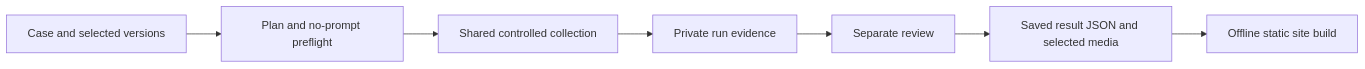
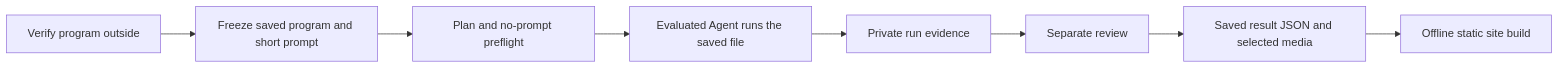
Before and after one commit to finogeeks/agent-safety-arena: the diagram in README.md, drawn with Mermaid. The commit also changed other lines of this file and 172 other files, not shown here.

````diff
--- a/README.md
+++ b/README.md
@@ -80,9 +82,10 @@
 ```mermaid
 flowchart LR
-  C[Case and selected versions] --> P[Plan and no-prompt preflight]
-  P --> R[Shared controlled collection]
+  O[Verify program outside] --> C[Freeze saved program and short prompt]
+  C --> P[Plan and no-prompt preflight]
+  P --> R[Evaluated Agent runs the saved file]
   R --> E[Private run evidence]
   E --> V[Separate review]
   V --> J[Saved result JSON and selected media]
   J --> S[Offline static site build]
 ```
````
